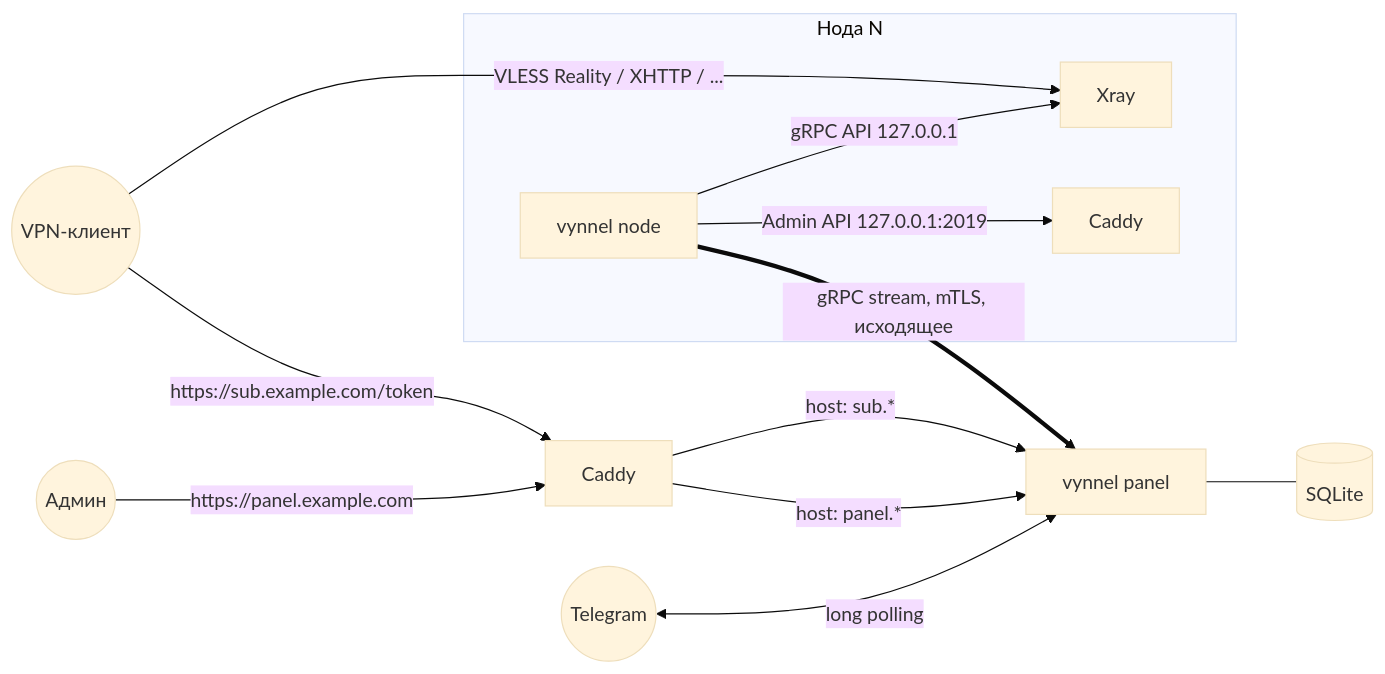
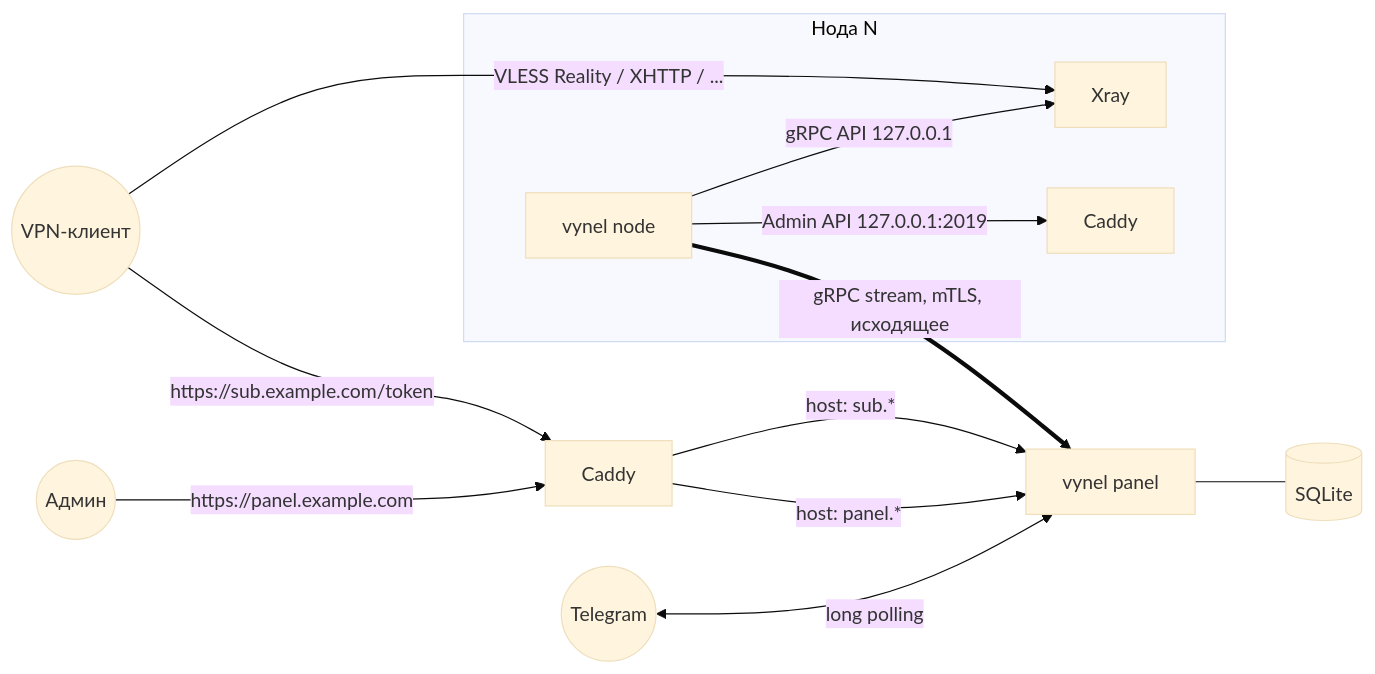
The diagram in docs/ARCHITECTURE.md (vyto4ka/vynel), drawn with Mermaid (base theme) before and after one commit. The commit also changed other lines of this file and 63 other files, not shown here.

````diff
--- a/docs/ARCHITECTURE.md
+++ b/docs/ARCHITECTURE.md
@@ -62,17 +67,17 @@
 ```mermaid
 flowchart LR
     Admin((Админ)) -->|https://panel.example.com| CaddyP[Caddy]
     Client((VPN-клиент)) -->|https://sub.example.com/token| CaddyP
     TG((Telegram)) <-->|long polling| Panel
-    CaddyP -->|host: panel.*| Panel[vynnel panel]
+    CaddyP -->|host: panel.*| Panel[vynel panel]
     CaddyP -->|host: sub.*| Panel
     Panel --- DB[(SQLite)]
 
     subgraph NodeN[Нода N]
-        Agent[vynnel node] -->|gRPC API 127.0.0.1| Xray
+        Agent[vynel node] -->|gRPC API 127.0.0.1| Xray
         Agent -->|Admin API 127.0.0.1:2019| CaddyN[Caddy]
     end
 
     Agent ==>|gRPC stream, mTLS, исходящее| Panel
     Client -->|VLESS Reality / XHTTP / ...| Xray
 ```
````
